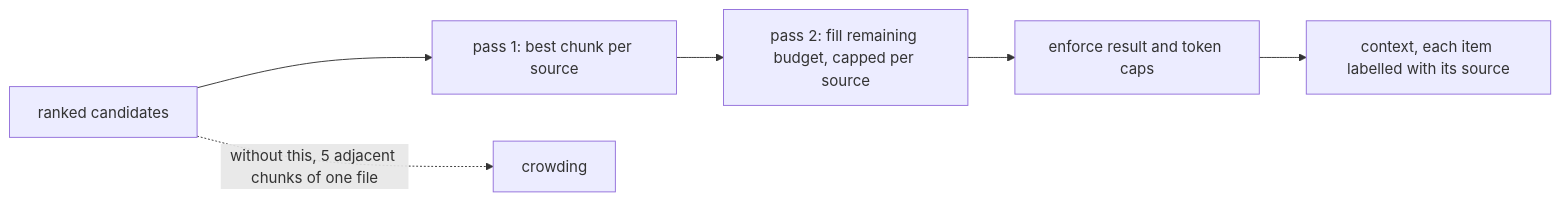
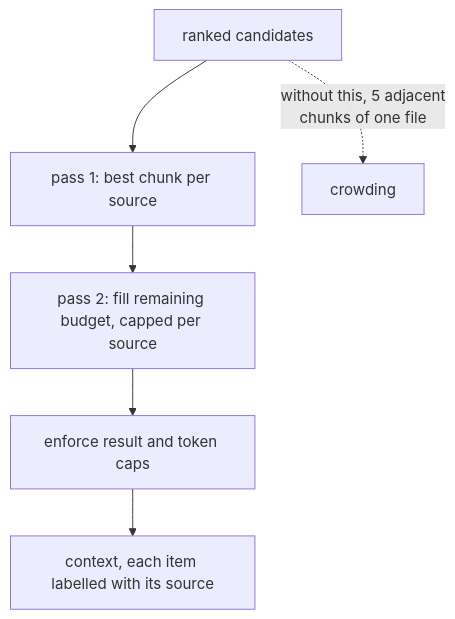
One commit to neoneye/agent-memory-atlas changed the diagram in content/patterns/source-diverse-context.md. Above: the diagram before and after it, drawn with Mermaid. The commit also changed 21 other files, not shown here.

````diff
--- a/content/patterns/source-diverse-context.md
+++ b/content/patterns/source-diverse-context.md
@@ -49,8 +49,8 @@
 ```mermaid
-flowchart LR
+flowchart TD
     C["ranked candidates"] --> P1["pass 1: best chunk per source"]
     P1 --> P2["pass 2: fill remaining budget, capped per source"]
     P2 --> Cap["enforce result and token caps"]
     Cap --> Out["context, each item labelled with its source"]
-    C -. "without this, 5 adjacent chunks of one file" .-> Crowd["crowding"]
+    C -. "without this, 5 adjacent<br/>chunks of one file" .-> Crowd["crowding"]
 ```
````
